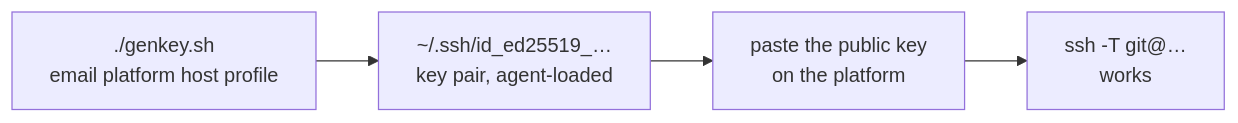
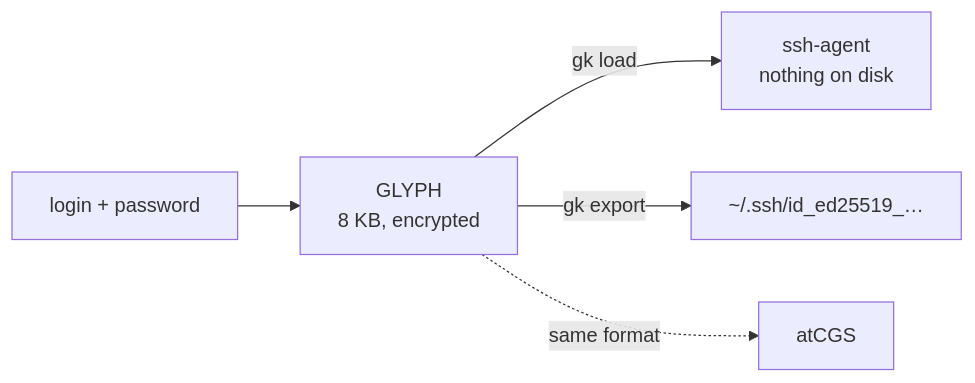
The diagram in README.md (flipoyo/sshKeyGen), drawn with Mermaid before and after one commit. The commit also changed other lines of this file and 17 other files, not shown here.

Commit message:
Implement KeyGenPackage: gk 0.2.0, atCGS-compatible GLYPH

````diff
--- a/README.md
+++ b/README.md
@@ -8,6 +9,7 @@
 ```mermaid
 flowchart LR
-    A["./genkey.sh<br/>email platform host profile"] --> B["~/.ssh/id_ed25519_…<br/>key pair, agent-loaded"]
-    B --> C["paste the public key<br/>on the platform"]
-    C --> D["ssh -T git@…<br/>works"]
+    A["login + password"] --> B["GLYPH<br/>8 KB, encrypted"]
+    B -->|gk load| C["ssh-agent<br/>nothing on disk"]
+    B -->|gk export| D["~/.ssh/id_ed25519_…"]
+    B -.->|same format| E["atCGS"]
 ```
````
